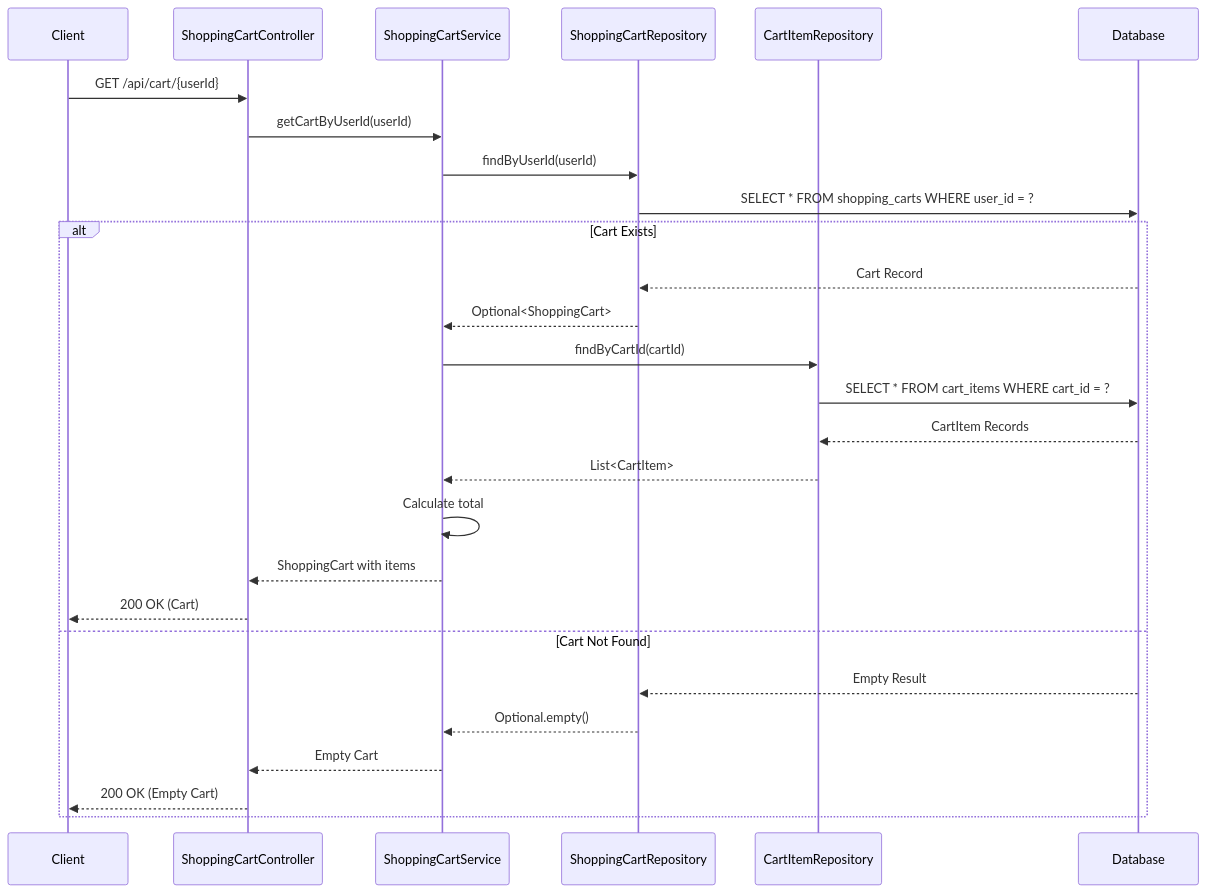
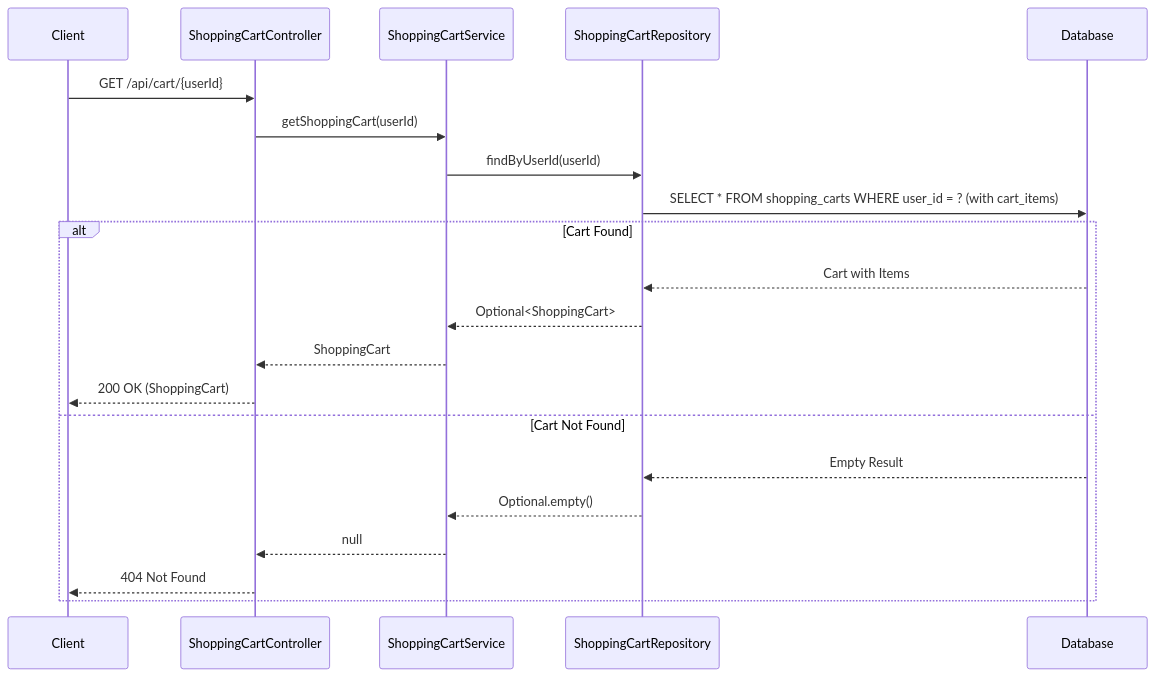
One commit to NavneetBN47/aava-ecom-demo changed diagram 11 of 13 in docs/LLD/modified_lld.md. Above: the diagram before and after it, drawn with Mermaid. The commit also changed other lines of this file, not shown here.

````diff
--- a/docs/LLD/modified_lld.md
+++ b/docs/LLD/modified_lld.md
@@ -421,31 +406,25 @@
 ```mermaid
 sequenceDiagram
     participant Client
     participant ShoppingCartController
     participant ShoppingCartService
     participant ShoppingCartRepository
-    participant CartItemRepository
     participant Database
 
     Client->>ShoppingCartController: GET /api/cart/{userId}
-    ShoppingCartController->>ShoppingCartService: getCartByUserId(userId)
+    ShoppingCartController->>ShoppingCartService: getShoppingCart(userId)
     ShoppingCartService->>ShoppingCartRepository: findByUserId(userId)
-    ShoppingCartRepository->>Database: SELECT * FROM shopping_carts WHERE user_id = ?
+    ShoppingCartRepository->>Database: SELECT * FROM shopping_carts WHERE user_id = ? (with cart_items)
     
-    alt Cart Exists
-        Database-->>ShoppingCartRepository: Cart Record
+    alt Cart Found
+        Database-->>ShoppingCartRepository: Cart with Items
         ShoppingCartRepository-->>ShoppingCartService: Optional<ShoppingCart>
-        ShoppingCartService->>CartItemRepository: findByCartId(cartId)
-        CartItemRepository->>Database: SELECT * FROM cart_items WHERE cart_id = ?
-        Database-->>CartItemRepository: CartItem Records
-        CartItemRepository-->>ShoppingCartService: List<CartItem>
-        ShoppingCartService->>ShoppingCartService: Calculate total
-        ShoppingCartService-->>ShoppingCartController: ShoppingCart with items
-        ShoppingCartController-->>Client: 200 OK (Cart)
+        ShoppingCartService-->>ShoppingCartController: ShoppingCart
+        ShoppingCartController-->>Client: 200 OK (ShoppingCart)
     else Cart Not Found
         Database-->>ShoppingCartRepository: Empty Result
         ShoppingCartRepository-->>ShoppingCartService: Optional.empty()
-        ShoppingCartService-->>ShoppingCartController: Empty Cart
-        ShoppingCartController-->>Client: 200 OK (Empty Cart)
+        ShoppingCartService-->>ShoppingCartController: null
+        ShoppingCartController-->>Client: 404 Not Found
     end
 ```
````
